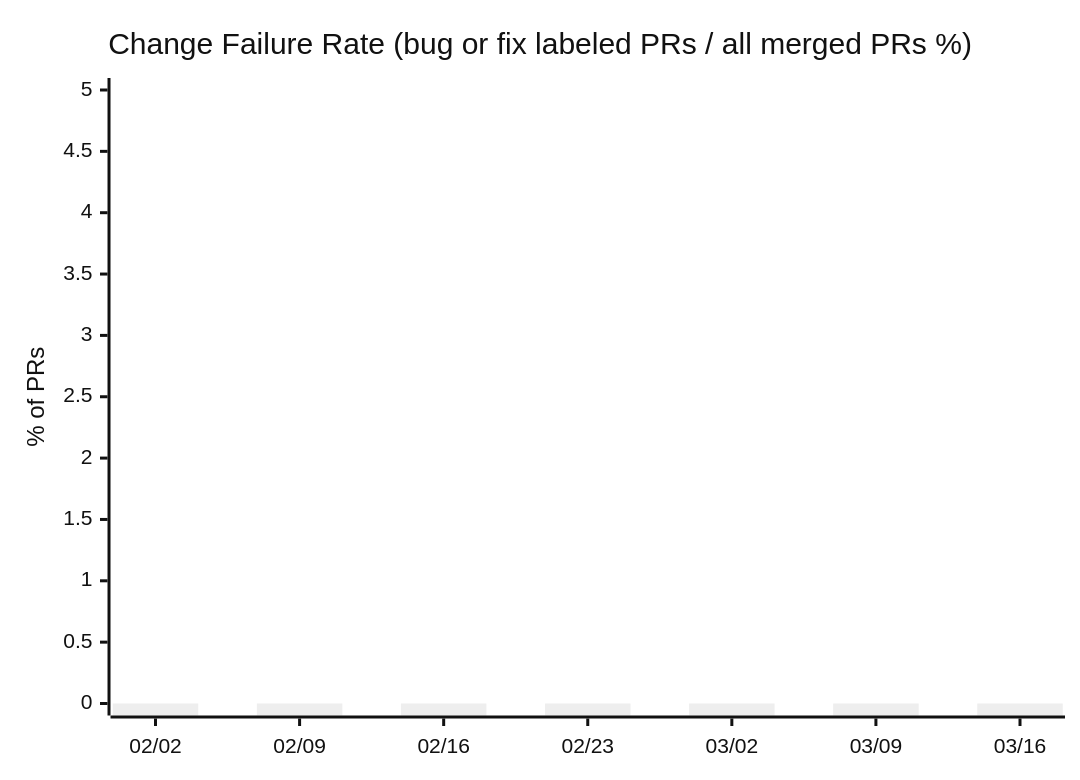
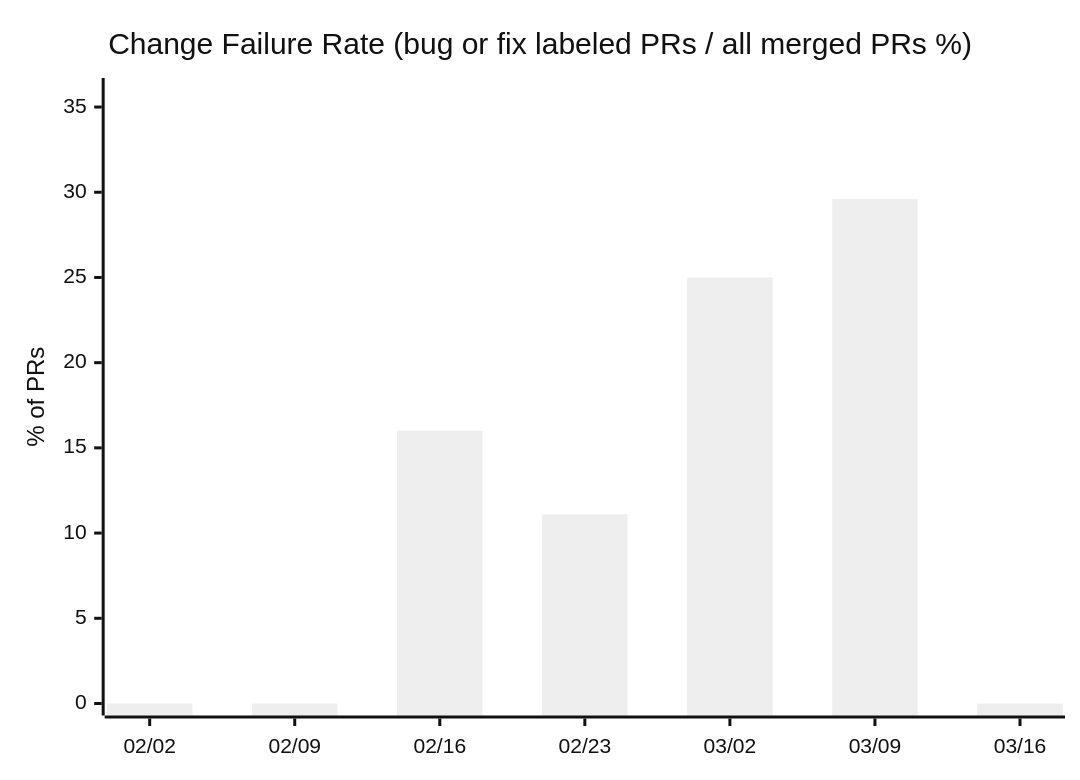
Before and after one commit to nablarch/nabledge-dev: the third of 11 diagrams in docs/metrics.md, drawn with Mermaid (neutral theme). The commit also changed other lines of this file, not shown here.

````diff
--- a/docs/metrics.md
+++ b/docs/metrics.md
@@ -41,7 +41,7 @@
 ```mermaid
 xychart-beta
   title "Change Failure Rate (bug or fix labeled PRs / all merged PRs %)"
   x-axis ["02/02", "02/09", "02/16", "02/23", "03/02", "03/09", "03/16"]
-  y-axis "% of PRs" 0 --> 5
-  bar [0, 0, 0, 0, 0, 0, 0]
+  y-axis "% of PRs" 0 --> 36
+  bar [0, 0, 16, 11.1, 25, 29.6, 0]
 ```
````
